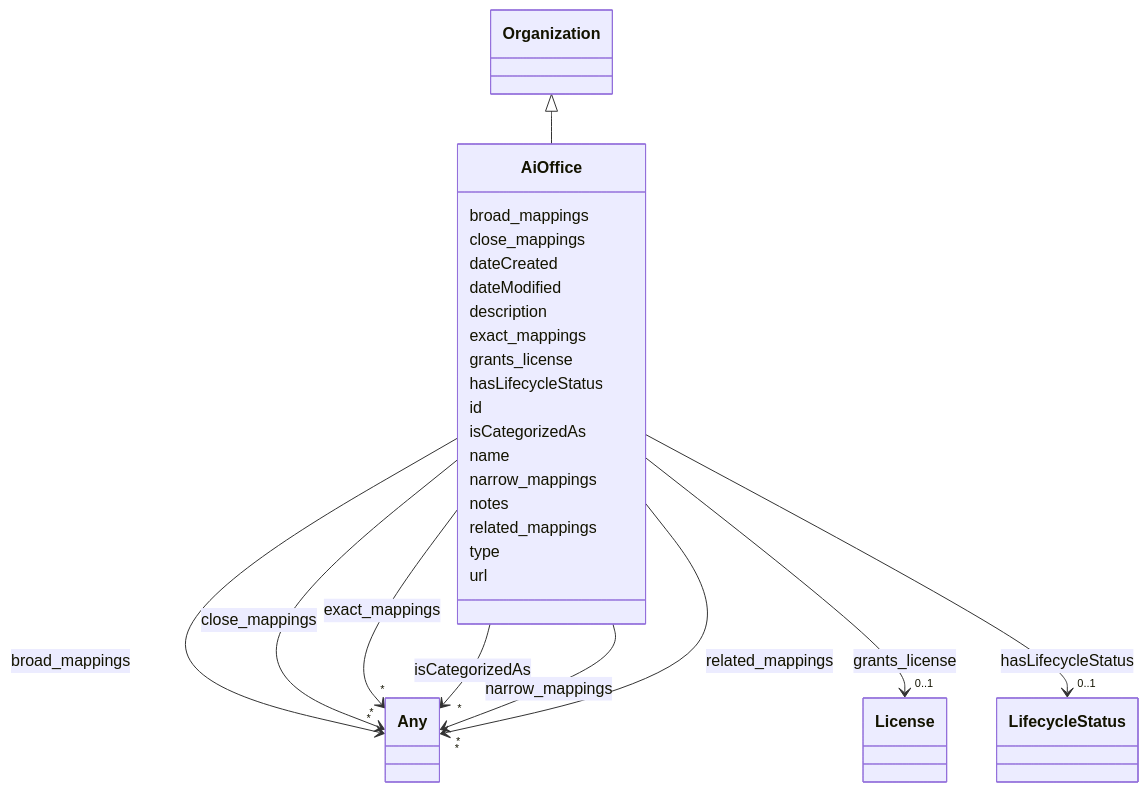
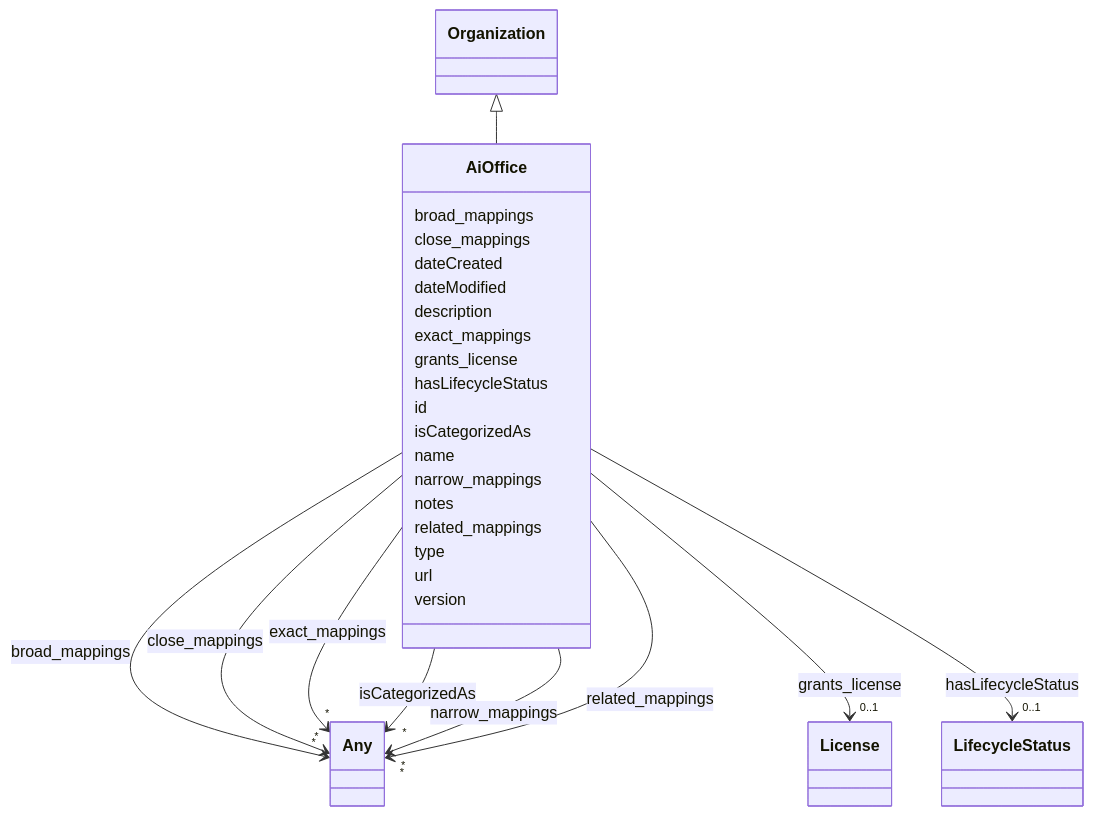
One commit to IBM/ai-atlas-nexus changed the diagram in docs/ontology/AiOffice.md. Above: the diagram before and after it, drawn with Mermaid. The commit also changed other lines of this file and 101 other files, not shown here.

````diff
--- a/docs/ontology/AiOffice.md
+++ b/docs/ontology/AiOffice.md
@@ -122,5 +122,7 @@
 
       AiOffice : url
 
+      AiOffice : version
+
 
 ```
````
